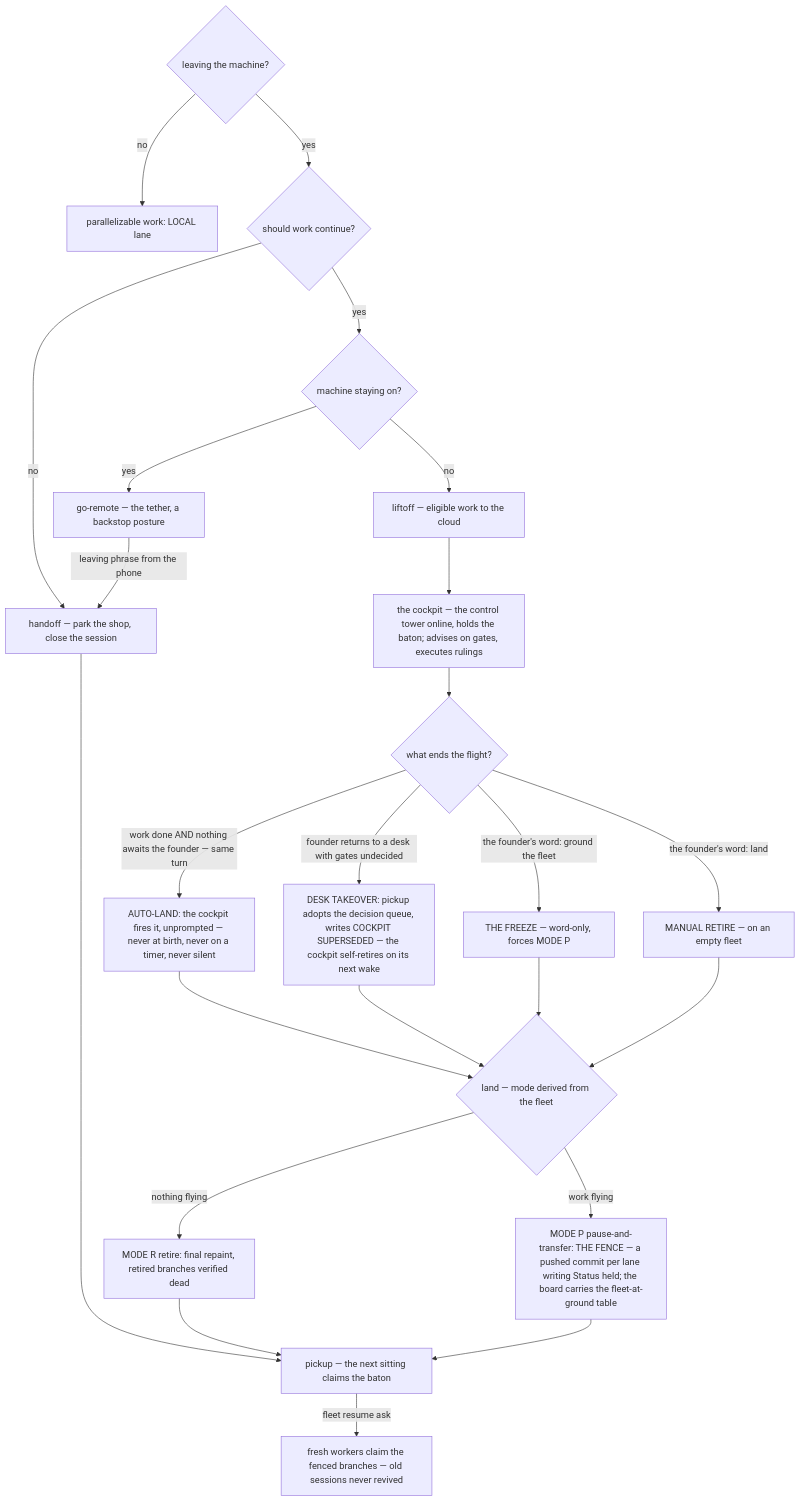
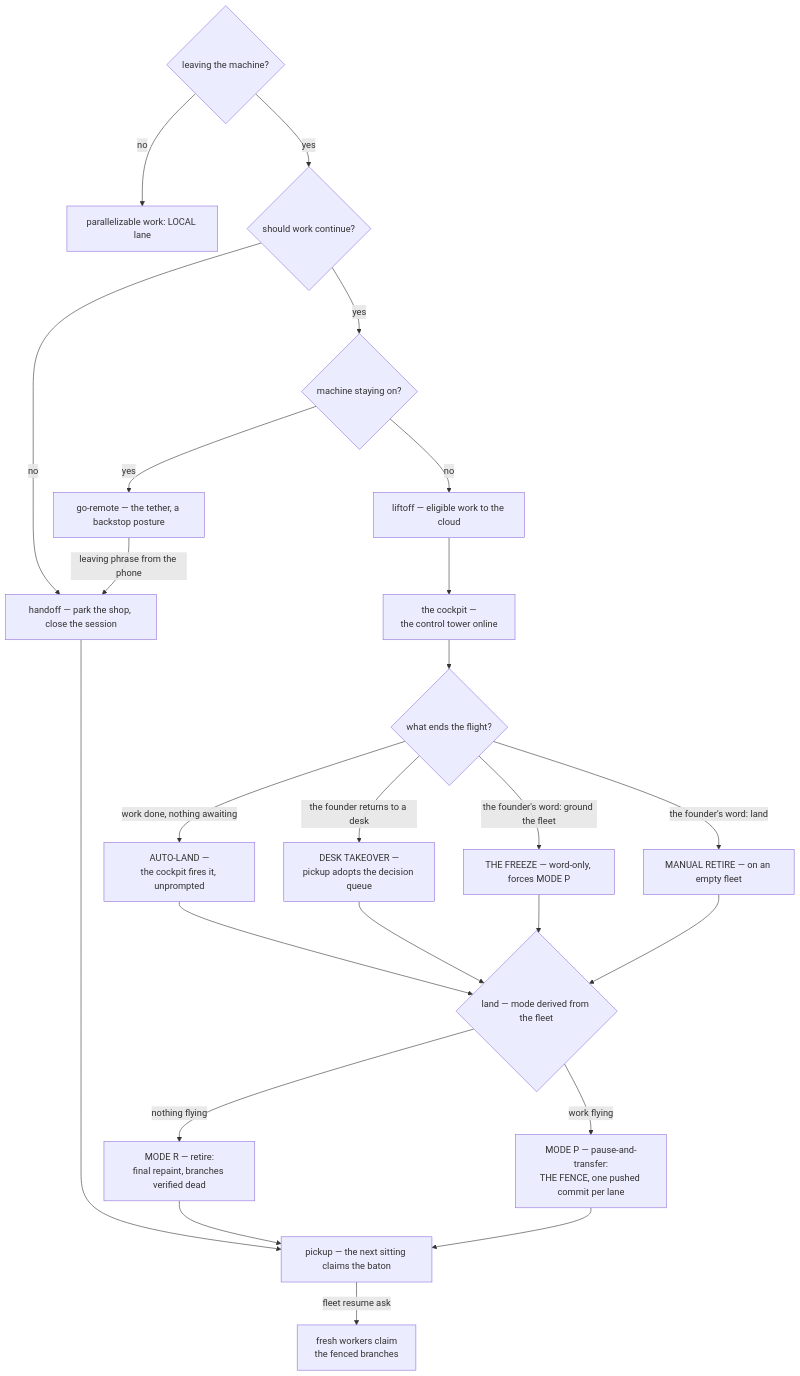
The third of 8 diagrams in docs/ATLAS.md (wsher0901/roam), drawn with Mermaid before and after one commit. The commit also changed other lines of this file and 6 other files, not shown here.

````diff
--- a/docs/ATLAS.md
+++ b/docs/ATLAS.md
@@ -97,26 +122,26 @@
 ```mermaid
 flowchart TD
   A{"leaving the machine?"} -->|no| LL["parallelizable work: LOCAL lane"]
   A -->|yes| B{"should work continue?"}
   B -->|no| H["handoff — park the shop, close the session"]
   B -->|yes| C{"machine staying on?"}
   C -->|yes| G["go-remote — the tether, a backstop posture"]
   C -->|no| F["liftoff — eligible work to the cloud"]
-  F --> CP["the cockpit — the control tower online, holds the baton; advises on gates, executes rulings"]
+  F --> CP["the cockpit —<br/>the control tower online"]
   CP --> T{"what ends the flight?"}
-  T -->|"work done AND nothing awaits the founder — same turn"| AL["AUTO-LAND: the cockpit fires it, unprompted — never at birth, never on a timer, never silent"]
-  T -->|"founder returns to a desk with gates undecided"| SUP["DESK TAKEOVER: pickup adopts the decision queue, writes COCKPIT SUPERSEDED — the cockpit self-retires on its next wake"]
+  T -->|"work done, nothing awaiting"| AL["AUTO-LAND —<br/>the cockpit fires it, unprompted"]
+  T -->|"the founder returns to a desk"| SUP["DESK TAKEOVER —<br/>pickup adopts the decision queue"]
   T -->|"the founder's word: ground the fleet"| FR["THE FREEZE — word-only, forces MODE P"]
   T -->|"the founder's word: land"| MR["MANUAL RETIRE — on an empty fleet"]
   AL --> LA{"land — mode derived from the fleet"}
   SUP --> LA
   FR --> LA
   MR --> LA
-  LA -->|"nothing flying"| R["MODE R retire: final repaint, retired branches verified dead"]
-  LA -->|"work flying"| PP["MODE P pause-and-transfer: THE FENCE — a pushed commit per lane writing Status held; the board carries the fleet-at-ground table"]
+  LA -->|"nothing flying"| R["MODE R — retire:<br/>final repaint, branches verified dead"]
+  LA -->|"work flying"| PP["MODE P — pause-and-transfer:<br/>THE FENCE, one pushed commit per lane"]
   R --> PU["pickup — the next sitting claims the baton"]
   PP --> PU
   H --> PU
   G -->|"leaving phrase from the phone"| H
-  PU -->|"fleet resume ask"| RES["fresh workers claim the fenced branches — old sessions never revived"]
+  PU -->|"fleet resume ask"| RES["fresh workers claim<br/>the fenced branches"]
 ```
````
